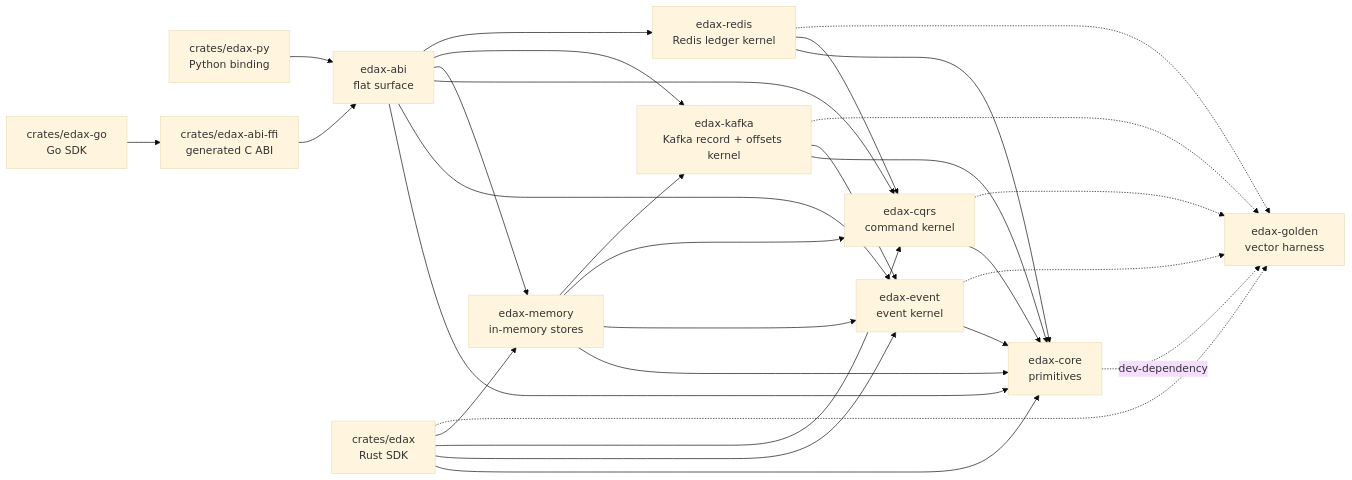
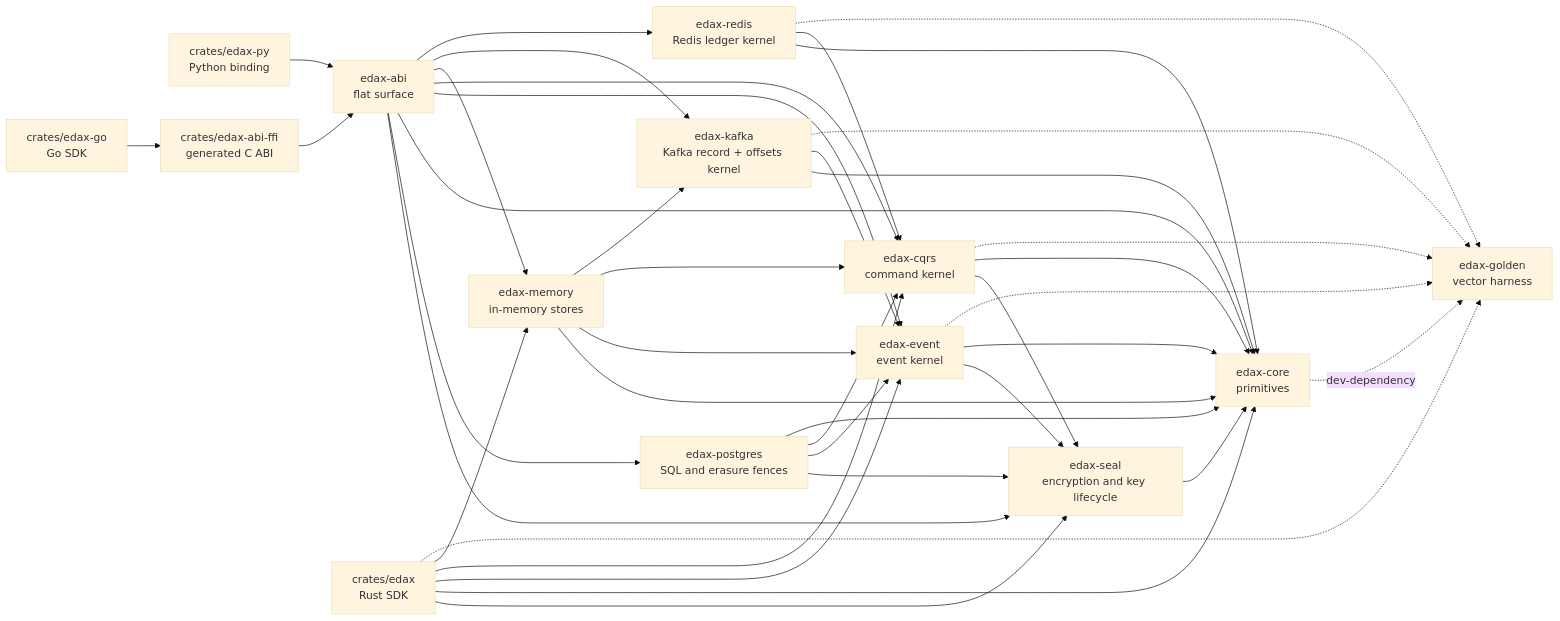
Before and after one commit to haskian/edax: the second of 4 diagrams in docs/architecture.md, drawn with Mermaid (base theme). The commit also changed other lines of this file and 24 other files, not shown here.

````diff
--- a/docs/architecture.md
+++ b/docs/architecture.md
@@ -57,45 +61,57 @@
 ```mermaid
 flowchart LR
     core["edax-core<br/>primitives"]
+    seal["edax-seal<br/>encryption and key lifecycle"]
+    postgres["edax-postgres<br/>SQL and erasure fences"]
     event["edax-event<br/>event kernel"]
     cqrs["edax-cqrs<br/>command kernel"]
     memory["edax-memory<br/>in-memory stores"]
     kafka["edax-kafka<br/>Kafka record + offsets kernel"]
     redis["edax-redis<br/>Redis ledger kernel"]
     abi["edax-abi<br/>flat surface"]
     rust["crates/edax<br/>Rust SDK"]
     py["crates/edax-py<br/>Python binding"]
     ffi["crates/edax-abi-ffi<br/>generated C ABI"]
     go["crates/edax-go<br/>Go SDK"]
     golden["edax-golden<br/>vector harness"]
 
+    seal --> core
+    event --> seal
+    cqrs --> seal
+    postgres --> seal
+    postgres --> event
+    postgres --> cqrs
+    postgres --> core
+    rust --> seal
+    abi --> seal
+    abi --> postgres
     event --> core
     cqrs --> core
     memory --> core
     memory --> event
     memory --> cqrs
     memory --> kafka
     kafka --> core
     kafka --> event
     redis --> core
     redis --> cqrs
     rust --> core
     rust --> event
     rust --> cqrs
     rust --> memory
     abi --> core
     abi --> event
     abi --> cqrs
     abi --> memory
     abi --> kafka
     abi --> redis
     py --> abi
     ffi --> abi
     go --> ffi
     core -.->|"dev-dependency"| golden
     event -.-> golden
     cqrs -.-> golden
     kafka -.-> golden
     redis -.-> golden
     rust -.-> golden
 ```
````
